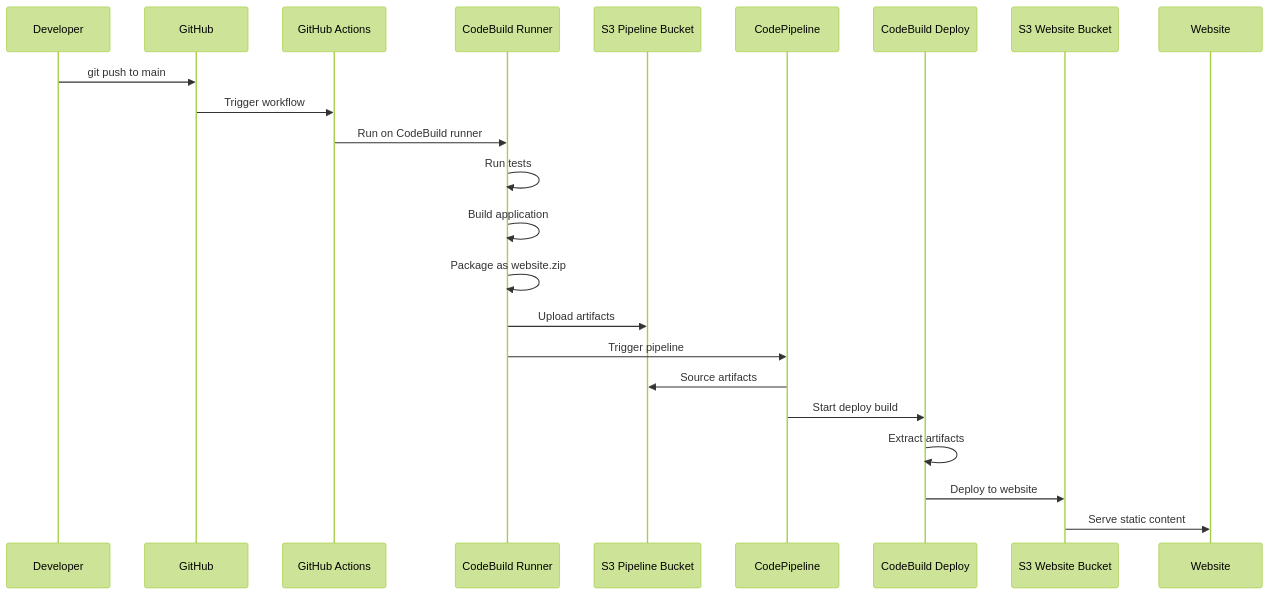
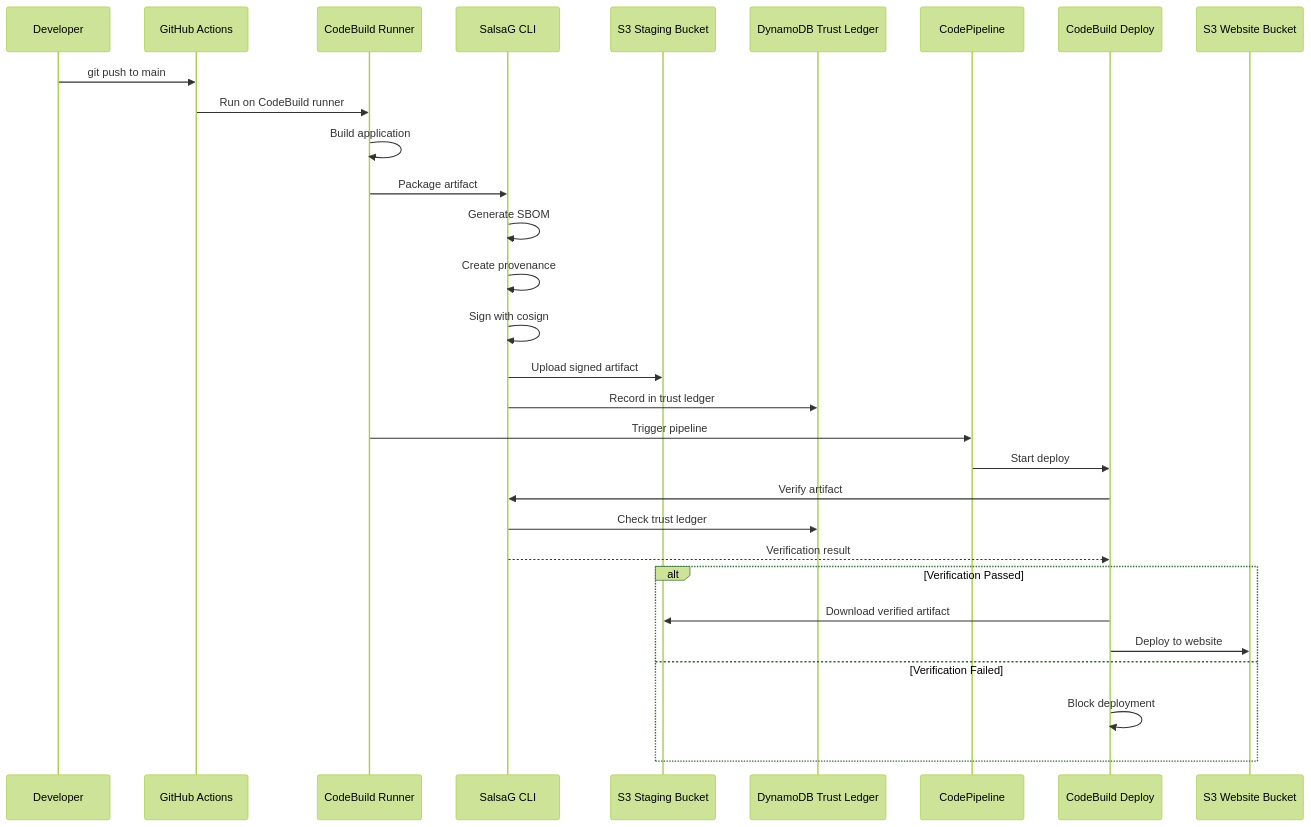
One commit to tanishk97/MICS295Capstone changed the second of 3 diagrams in README.md. Above: the diagram before and after it, drawn with Mermaid (forest theme). The commit also changed other lines of this file, not shown here.

Commit message:
Update README with SalsaG trust pipeline implementation

````diff
--- a/README.md
+++ b/README.md
@@ -24,26 +26,33 @@
 ```mermaid
 sequenceDiagram
     participant Dev as Developer
-    participant GH as GitHub
-    participant GA as GitHub Actions
+    participant GH as GitHub Actions
     participant CB as CodeBuild Runner
-    participant S3P as S3 Pipeline Bucket
+    participant SG as SalsaG CLI
+    participant S3S as S3 Staging Bucket
+    participant DB as DynamoDB Trust Ledger
     participant CP as CodePipeline
     participant CBD as CodeBuild Deploy
     participant S3W as S3 Website Bucket
-    participant Web as Website
 
     Dev->>GH: git push to main
-    GH->>GA: Trigger workflow
-    GA->>CB: Run on CodeBuild runner
-    CB->>CB: Run tests
+    GH->>CB: Run on CodeBuild runner
     CB->>CB: Build application
-    CB->>CB: Package as website.zip
-    CB->>S3P: Upload artifacts
+    CB->>SG: Package artifact
+    SG->>SG: Generate SBOM
+    SG->>SG: Create provenance
+    SG->>SG: Sign with cosign
+    SG->>S3S: Upload signed artifact
+    SG->>DB: Record in trust ledger
     CB->>CP: Trigger pipeline
-    CP->>S3P: Source artifacts
-    CP->>CBD: Start deploy build
-    CBD->>CBD: Extract artifacts
-    CBD->>S3W: Deploy to website
-    S3W->>Web: Serve static content
+    CP->>CBD: Start deploy
+    CBD->>SG: Verify artifact
+    SG->>DB: Check trust ledger
+    SG-->>CBD: Verification result
+    alt Verification Passed
+        CBD->>S3S: Download verified artifact
+        CBD->>S3W: Deploy to website
+    else Verification Failed
+        CBD->>CBD: Block deployment
+    end
 ```
````
